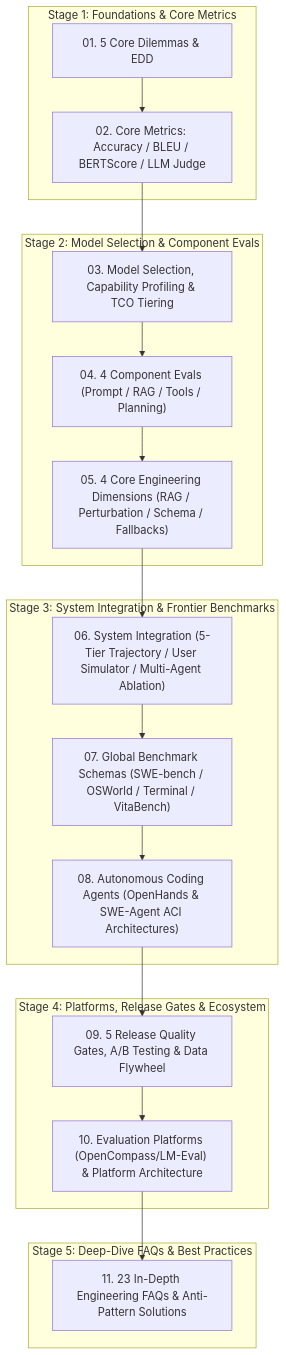
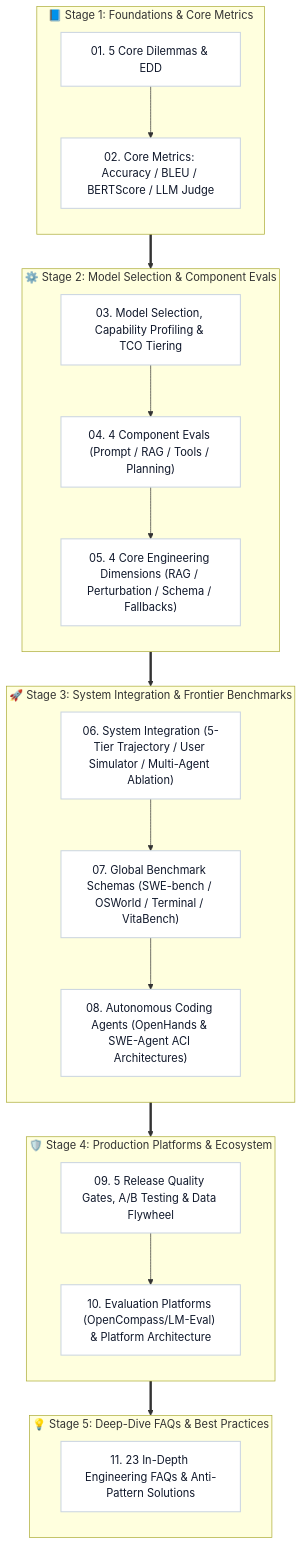
One commit to Anlon-27/awesome-agent-eval changed the first of 2 diagrams in README_EN.md. Above: the diagram before and after it, drawn with Mermaid. The commit also changed other lines of this file and 5 other files, not shown here.

Commit message:
style: Beautify Mermaid flowcharts and align all 11 guide titles with numbering

````diff
--- a/README_EN.md
+++ b/README_EN.md
@@ -30,27 +30,52 @@
 ```mermaid
-graph TD
-    subgraph STAGE1["Stage 1: Foundations & Core Metrics"]
-        D1["01. 5 Core Dilemmas & EDD"] --> D2["02. Core Metrics: Accuracy / BLEU / BERTScore / LLM Judge"]
+flowchart TD
+    classDef stageBox fill:#f8fafc,stroke:#3b82f6,stroke-width:2px,rx:8px,ry:8px;
+    classDef stepNode fill:#ffffff,stroke:#cbd5e1,stroke-width:1.5px,color:#0f172a;
+
+    subgraph S1["📘 Stage 1: Foundations & Core Metrics"]
+        direction TB
+        N1["01. 5 Core Dilemmas & EDD"]
+        N2["02. Core Metrics: Accuracy / BLEU / BERTScore / LLM Judge"]
+        N1 --> N2
     end
+    class S1 stageBox;
+    class N1,N2 stepNode;
 
-    subgraph STAGE2["Stage 2: Model Selection & Component Evals"]
-        D2 --> D3["03. Model Selection, Capability Profiling & TCO Tiering"]
-        D3 --> D4["04. 4 Component Evals (Prompt / RAG / Tools / Planning)"]
-        D4 --> D5["05. 4 Core Engineering Dimensions (RAG / Perturbation / Schema / Fallbacks)"]
+    subgraph S2["⚙️ Stage 2: Model Selection & Component Evals"]
+        direction TB
+        N3["03. Model Selection, Capability Profiling & TCO Tiering"]
+        N4["04. 4 Component Evals (Prompt / RAG / Tools / Planning)"]
+        N5["05. 4 Core Engineering Dimensions (RAG / Perturbation / Schema / Fallbacks)"]
+        N3 --> N4 --> N5
     end
+    class S2 stageBox;
+    class N3,N4,N5 stepNode;
 
-    subgraph STAGE3["Stage 3: System Integration & Frontier Benchmarks"]
-        D5 --> D6["06. System Integration (5-Tier Trajectory / User Simulator / Multi-Agent Ablation)"]
-        D6 --> D7["07. Global Benchmark Schemas (SWE-bench / OSWorld / Terminal / VitaBench)"]
-        D7 --> D8["08. Autonomous Coding Agents (OpenHands & SWE-Agent ACI Architectures)"]
+    subgraph S3["🚀 Stage 3: System Integration & Frontier Benchmarks"]
+        direction TB
+        N6["06. System Integration (5-Tier Trajectory / User Simulator / Multi-Agent Ablation)"]
+        N7["07. Global Benchmark Schemas (SWE-bench / OSWorld / Terminal / VitaBench)"]
+        N8["08. Autonomous Coding Agents (OpenHands & SWE-Agent ACI Architectures)"]
+        N6 --> N7 --> N8
     end
+    class S3 stageBox;
+    class N6,N7,N8 stepNode;
 
-    subgraph STAGE4["Stage 4: Platforms, Release Gates & Ecosystem"]
-        D8 --> D9["09. 5 Release Quality Gates, A/B Testing & Data Flywheel"]
-        D9 --> D10["10. Evaluation Platforms (OpenCompass/LM-Eval) & Platform Architecture"]
+    subgraph S4["🛡️ Stage 4: Production Platforms & Ecosystem"]
+        direction TB
+        N9["09. 5 Release Quality Gates, A/B Testing & Data Flywheel"]
+        N10["10. Evaluation Platforms (OpenCompass/LM-Eval) & Platform Architecture"]
+        N9 --> N10
     end
+    class S4 stageBox;
+    class N9,N10 stepNode;
 
-    subgraph STAGE5["Stage 5: Deep-Dive FAQs & Best Practices"]
-        D10 --> D11["11. 23 In-Depth Engineering FAQs & Anti-Pattern Solutions"]
+    subgraph S5["💡 Stage 5: Deep-Dive FAQs & Best Practices"]
+        direction TB
+        N11["11. 23 In-Depth Engineering FAQs & Anti-Pattern Solutions"]
     end
+    class S5 stageBox;
+    class N11 stepNode;
+
+    S1 ==> S2 ==> S3 ==> S4 ==> S5
 ```
````
